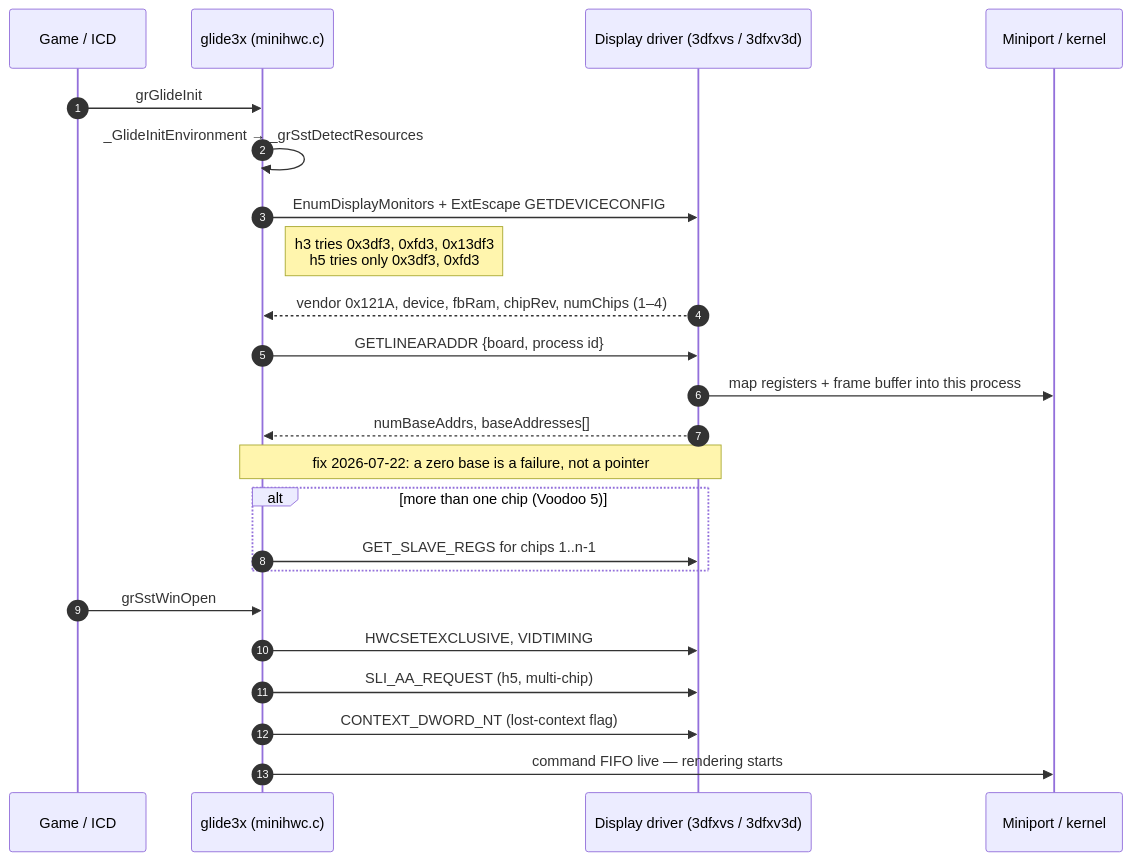
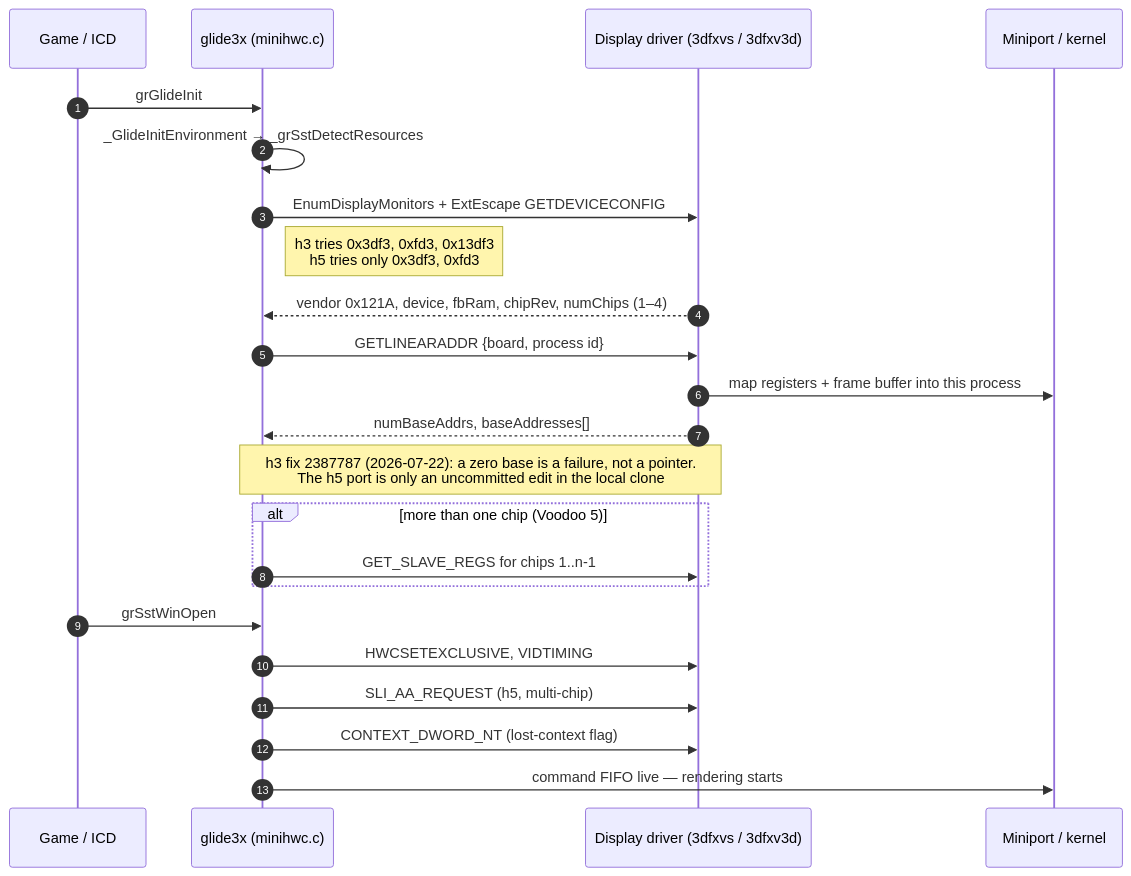
The fourth of 14 diagrams in voodoo-cleanroom/README.md (voidsstr/retro-agent), drawn with Mermaid before and after one commit. The commit also changed other lines of this file and 7 other files, not shown here.

````diff
--- a/voodoo-cleanroom/README.md
+++ b/voodoo-cleanroom/README.md
@@ -389,26 +416,26 @@
 ```mermaid
 sequenceDiagram
     autonumber
     participant App as Game / ICD
     participant G as glide3x (minihwc.c)
     participant D as Display driver (3dfxvs / 3dfxv3d)
     participant K as Miniport / kernel
 
     App->>G: grGlideInit
     G->>G: _GlideInitEnvironment → _grSstDetectResources
     G->>D: EnumDisplayMonitors + ExtEscape GETDEVICECONFIG
     Note right of G: h3 tries 0x3df3, 0xfd3, 0x13df3<br/>h5 tries only 0x3df3, 0xfd3
     D-->>G: vendor 0x121A, device, fbRam, chipRev, numChips (1–4)
     G->>D: GETLINEARADDR {board, process id}
     D->>K: map registers + frame buffer into this process
     D-->>G: numBaseAddrs, baseAddresses[]
-    Note over G,D: fix 2026-07-22: a zero base is a failure, not a pointer
+    Note over G,D: h3 fix 2387787 (2026-07-22): a zero base is a failure, not a pointer.<br/>The h5 port is only an uncommitted edit in the local clone
     alt more than one chip (Voodoo 5)
         G->>D: GET_SLAVE_REGS for chips 1..n-1
     end
     App->>G: grSstWinOpen
     G->>D: HWCSETEXCLUSIVE, VIDTIMING
     G->>D: SLI_AA_REQUEST (h5, multi-chip)
     G->>D: CONTEXT_DWORD_NT (lost-context flag)
     G->>K: command FIFO live — rendering starts
 ```
````
